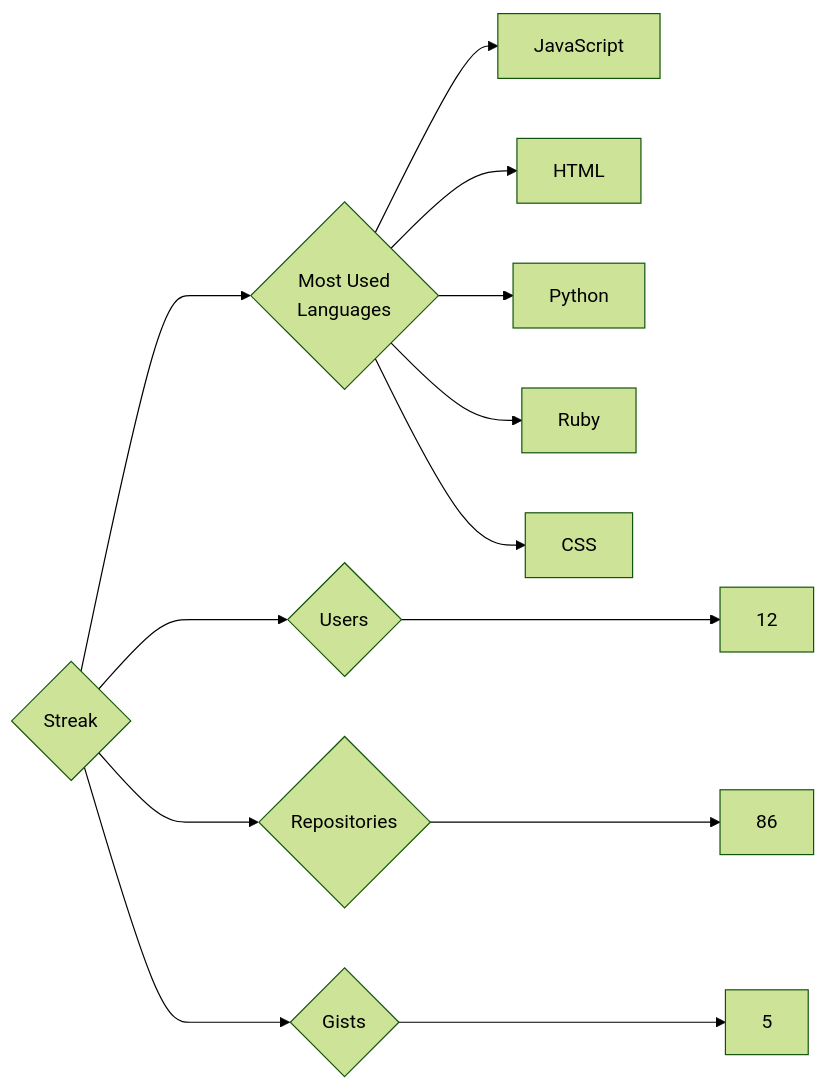
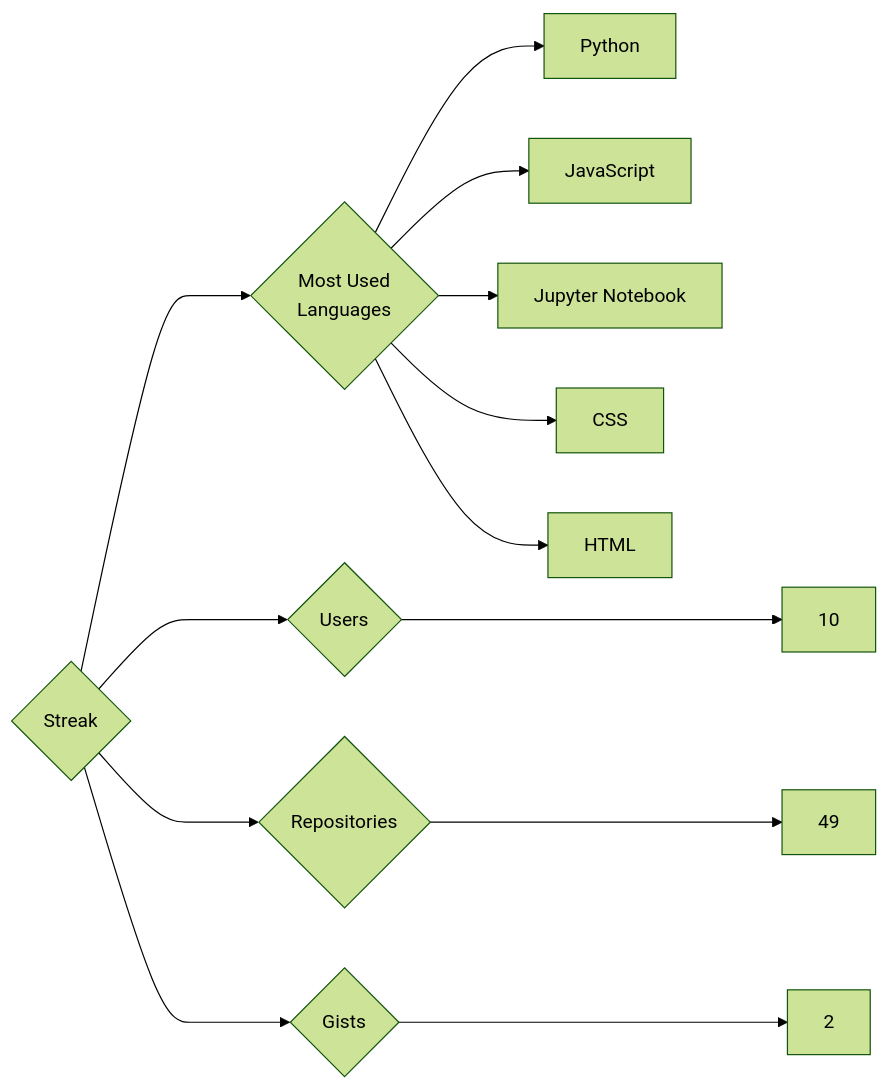
One commit to trickest/insiders changed the diagram in targets/Streak/README.md. Above: the diagram before and after it, drawn with Mermaid (forest theme). The commit also changed 534 other files, not shown here.

````diff
--- a/targets/Streak/README.md
+++ b/targets/Streak/README.md
@@ -3,13 +3,13 @@
 ```mermaid
 graph LR
 COMPANY_NAME{Streak}
-COMPANY_NAME ---> U{Users} ---> UN[12]
-COMPANY_NAME ---> R{Repositories} ---> RN[86]
-COMPANY_NAME ---> G{Gists} ---> GN[5]
+COMPANY_NAME ---> U{Users} ---> UN[10]
+COMPANY_NAME ---> R{Repositories} ---> RN[49]
+COMPANY_NAME ---> G{Gists} ---> GN[2]
 COMPANY_NAME ---> ML{Most Used<br>Languages}
+ML --> Python[Python]
 ML --> JavaScript[JavaScript]
+ML --> Jupyter_Notebook[Jupyter Notebook]
+ML --> CSS[CSS]
 ML --> HTML[HTML]
-ML --> Python[Python]
-ML --> Ruby[Ruby]
-ML --> CSS[CSS]
 ```
````
